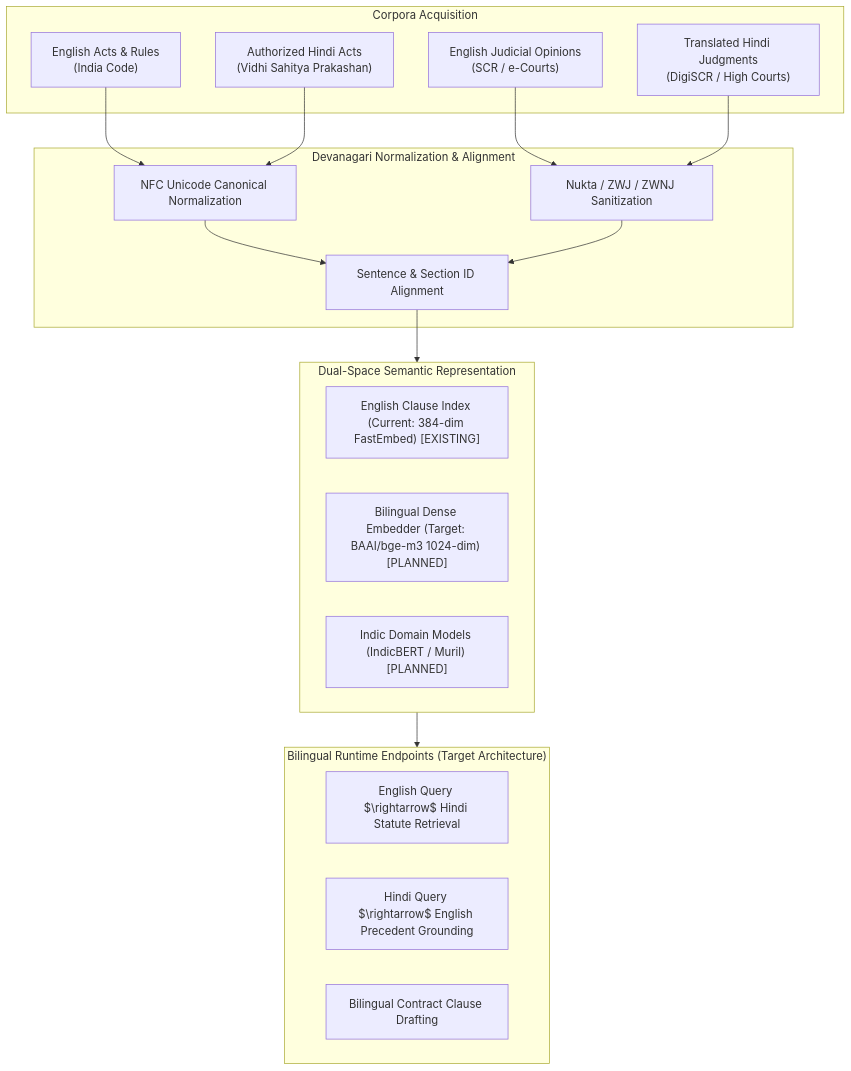
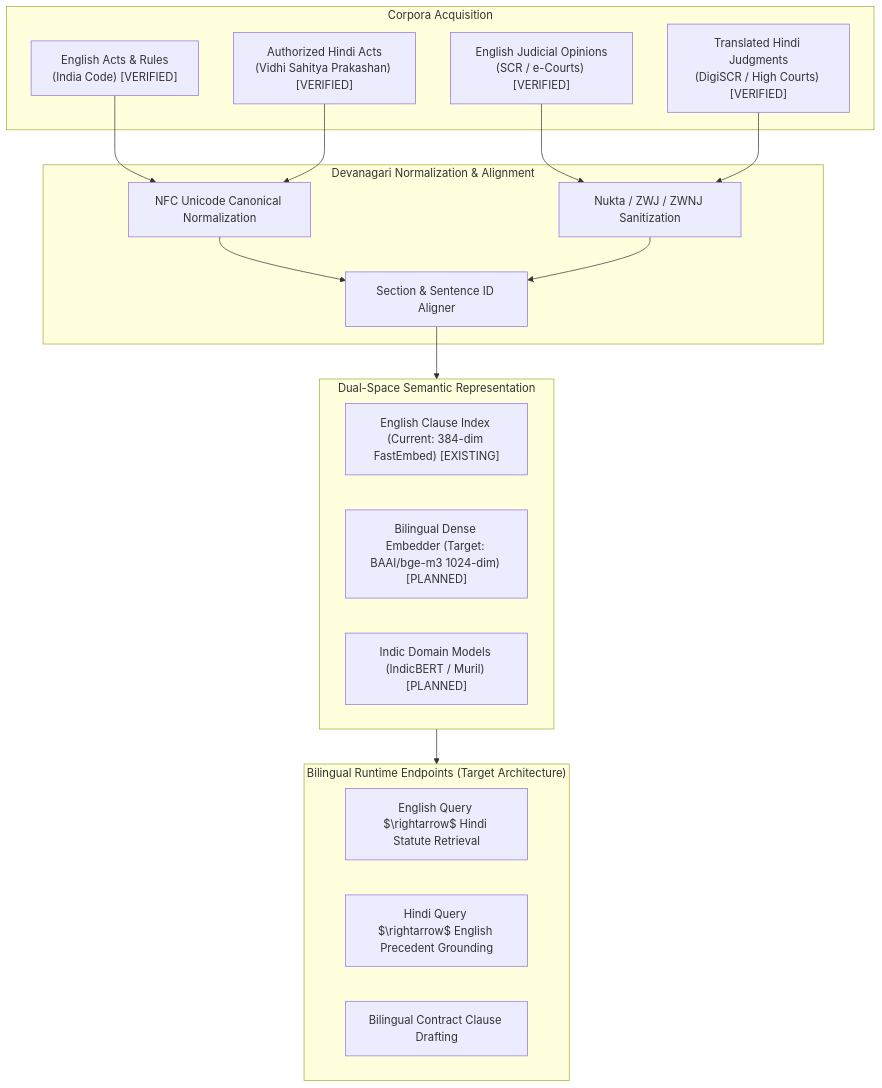
One commit to Yatharthnagpal/review changed the diagram in 07_BILINGUAL_DATA_STRATEGY.md. Above: the diagram before and after it, drawn with Mermaid. The commit also changed other lines of this file and 19 other files, not shown here.

````diff
--- a/07_BILINGUAL_DATA_STRATEGY.md
+++ b/07_BILINGUAL_DATA_STRATEGY.md
@@ -22,33 +41,33 @@
 ```mermaid
 flowchart TD
     subgraph Corpora["Corpora Acquisition"]
-        EnStat["English Acts & Rules<br/>(India Code)"]
-        HiStat["Authorized Hindi Acts<br/>(Vidhi Sahitya Prakashan)"]
-        EnJudg["English Judicial Opinions<br/>(SCR / e-Courts)"]
-        HiJudg["Translated Hindi Judgments<br/>(DigiSCR / High Courts)"]
+        EnStat["English Acts & Rules<br/>(India Code) [VERIFIED]"]
+        HiStat["Authorized Hindi Acts<br/>(Vidhi Sahitya Prakashan) [VERIFIED]"]
+        EnJudg["English Judicial Opinions<br/>(SCR / e-Courts) [VERIFIED]"]
+        HiJudg["Translated Hindi Judgments<br/>(DigiSCR / High Courts) [VERIFIED]"]
     end
 
     subgraph Normalization["Devanagari Normalization & Alignment"]
         N1["NFC Unicode Canonical Normalization"]
         N2["Nukta / ZWJ / ZWNJ Sanitization"]
-        N3["Sentence & Section ID Alignment"]
+        N3["Section & Sentence ID Aligner"]
     end
 
     subgraph Representation["Dual-Space Semantic Representation"]
         R1["English Clause Index (Current: 384-dim FastEmbed) [EXISTING]"]
         R2["Bilingual Dense Embedder (Target: BAAI/bge-m3 1024-dim) [PLANNED]"]
         R3["Indic Domain Models (IndicBERT / Muril) [PLANNED]"]
     end
 
     subgraph Serving["Bilingual Runtime Endpoints (Target Architecture)"]
         S1["English Query $\rightarrow$ Hindi Statute Retrieval"]
         S2["Hindi Query $\rightarrow$ English Precedent Grounding"]
         S3["Bilingual Contract Clause Drafting"]
     end
 
     EnStat & HiStat --> N1
     EnJudg & HiJudg --> N2
     N1 & N2 --> N3
     N3 --> Representation
     Representation --> Serving
 ```
````
